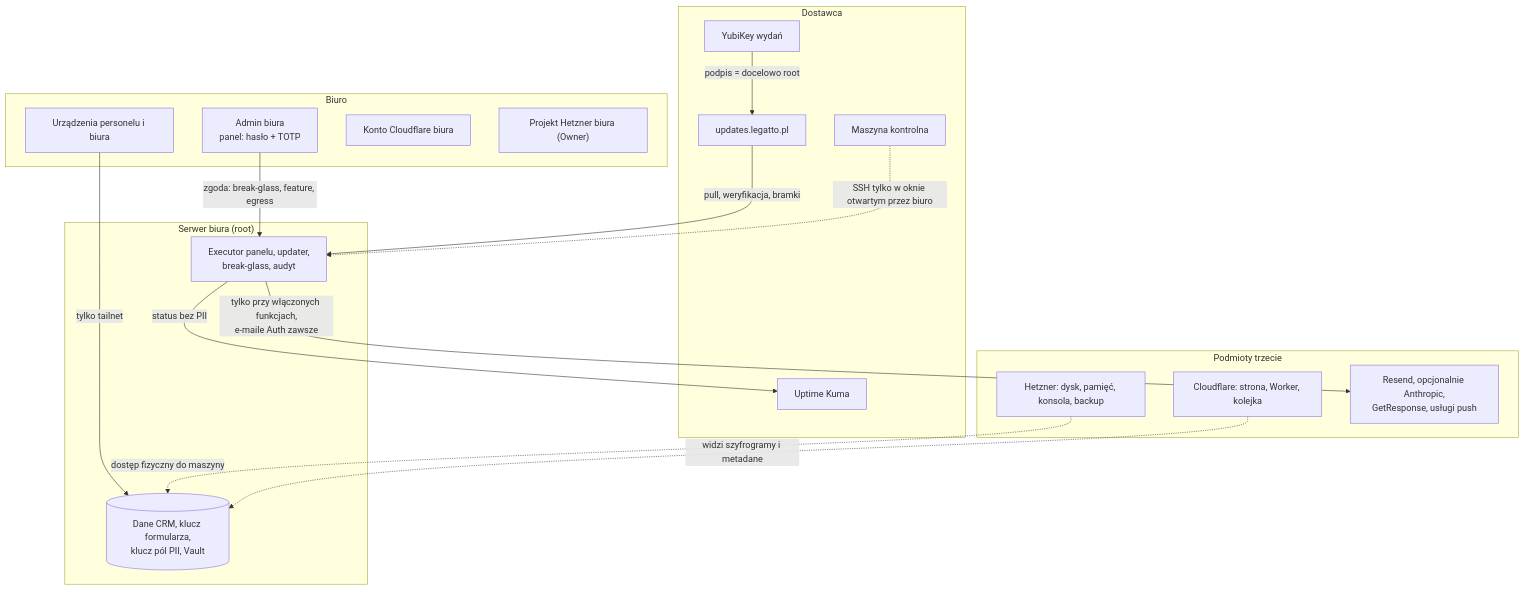
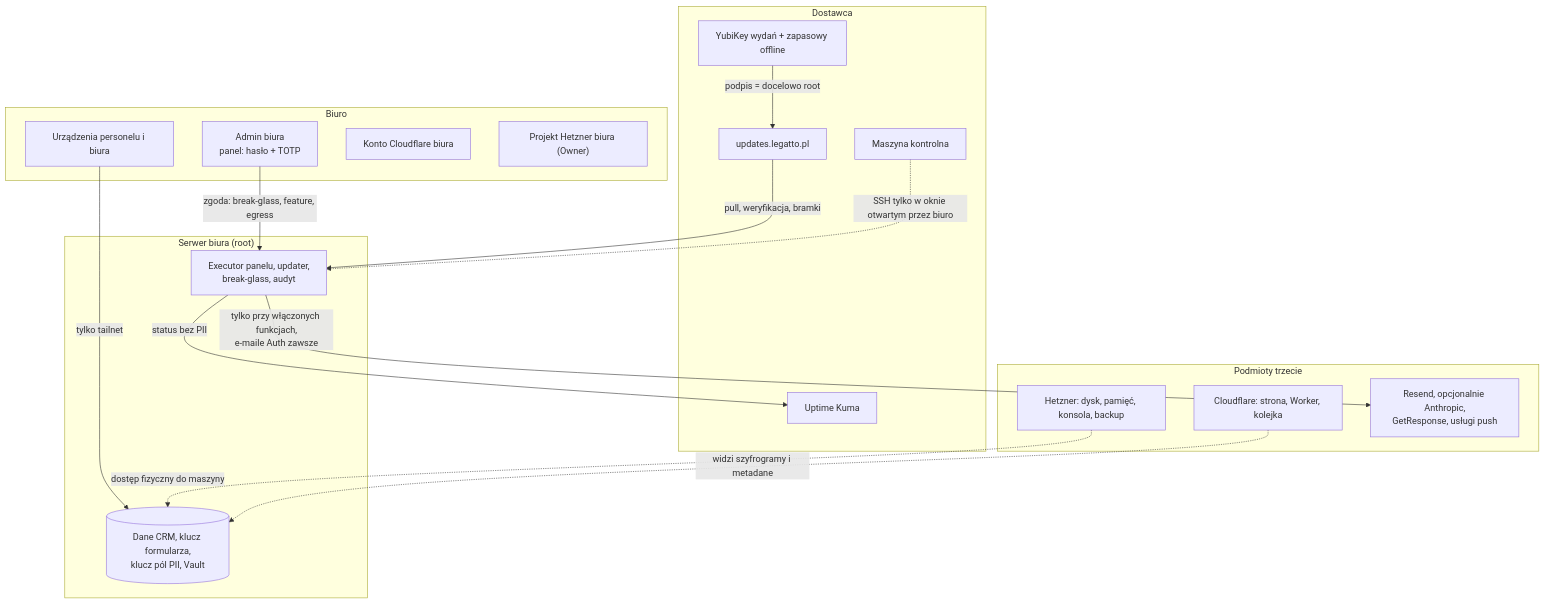
One commit to JakubLog/legatto-node changed the ninth of 9 diagrams in docs/ARCHITECTURE.md. Above: the diagram before and after it, drawn with Mermaid. The commit also changed other lines of this file and 82 other files, not shown here.

````diff
--- a/docs/ARCHITECTURE.md
+++ b/docs/ARCHITECTURE.md
@@ -392,34 +393,34 @@
 ```mermaid
 flowchart TB
   subgraph b1["Biuro"]
     admin["Admin biura<br/>panel: hasło + TOTP"]
     devs["Urządzenia personelu i biura"]
     cfacc["Konto Cloudflare biura"]
     hzacc["Projekt Hetzner biura (Owner)"]
   end
   subgraph b2["Serwer biura (root)"]
     exec["Executor panelu, updater,<br/>break-glass, audyt"]
     data[("Dane CRM, klucz formularza,<br/>klucz pól PII, Vault")]
   end
   subgraph b3["Dostawca"]
-    yubi["YubiKey wydań"]
+    yubi["YubiKey wydań + zapasowy offline"]
     ctl["Maszyna kontrolna"]
     upd["updates.legatto.pl"]
     kum["Uptime Kuma"]
   end
   subgraph b4["Podmioty trzecie"]
     hz["Hetzner: dysk, pamięć, konsola, backup"]
     cf["Cloudflare: strona, Worker, kolejka"]
     ext["Resend, opcjonalnie Anthropic,<br/>GetResponse, usługi push"]
   end
 
   admin -->|"zgoda: break-glass, feature, egress"| exec
   devs -->|"tylko tailnet"| data
   yubi -->|"podpis = docelowo root"| upd
   upd -->|"pull, weryfikacja, bramki"| exec
   ctl -.->|"SSH tylko w oknie otwartym przez biuro"| exec
   exec -->|"status bez PII"| kum
   hz -.->|"dostęp fizyczny do maszyny"| data
   cf -.->|"widzi szyfrogramy i metadane"| data
   exec -->|"tylko przy włączonych funkcjach,<br/>e-maile Auth zawsze"| ext
 ```
````
